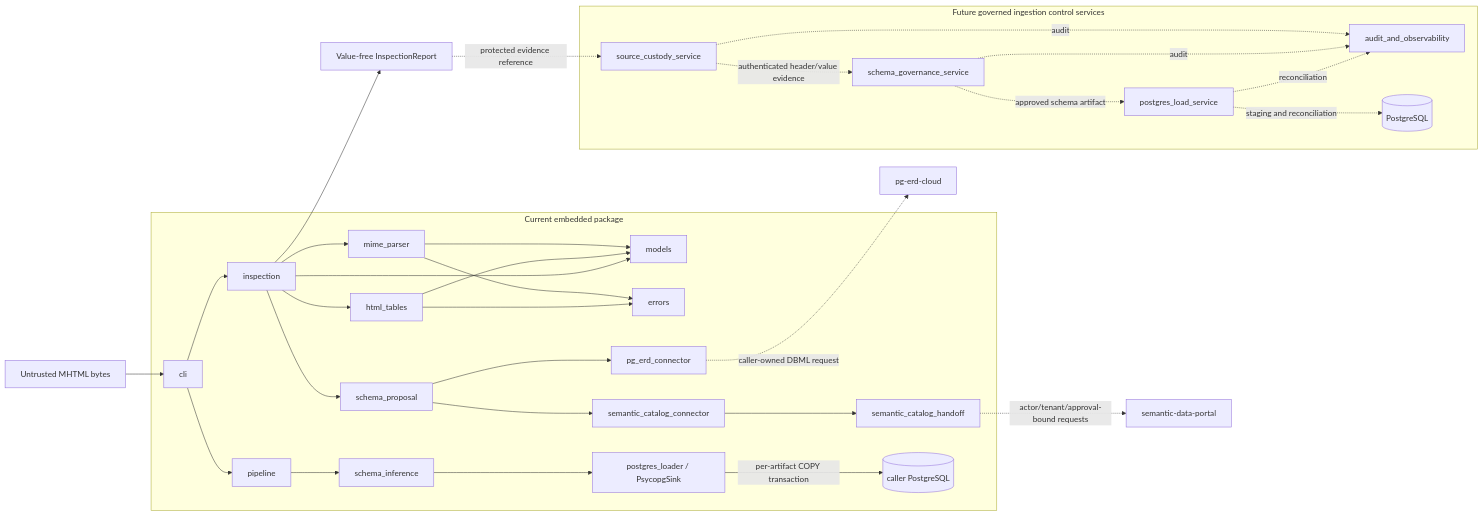
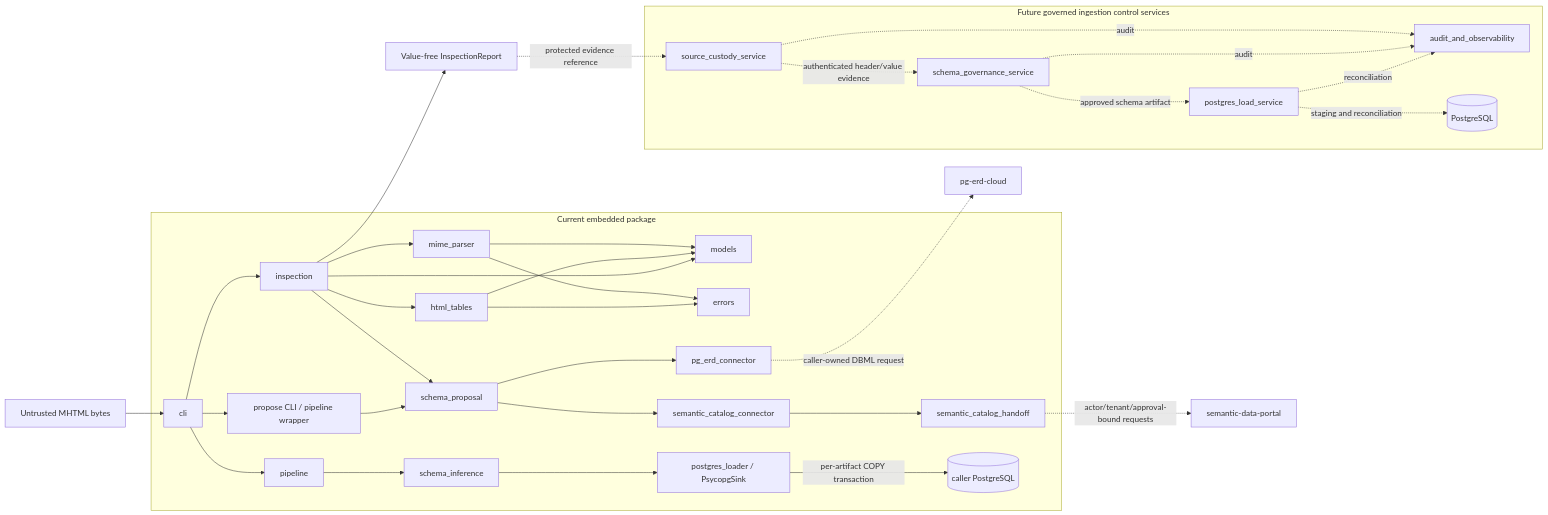
Before and after one commit to ContextualWisdomLab/mhtml-etl-gateway: the first of 6 diagrams in docs/UML.md, drawn with Mermaid. The commit also changed other lines of this file and 23 other files, not shown here.

Commit message:
feat: expose bounded schema proposal workflow

````diff
--- a/docs/UML.md
+++ b/docs/UML.md
@@ -12,56 +13,59 @@
 ```mermaid
 flowchart LR
     subgraph current[Current embedded package]
         CLI[cli]
         MOD[models]
         ERR[errors]
         MIME[mime_parser]
         HTML[html_tables]
         INS[inspection]
         CLI --> INS
         INS --> MIME
         INS --> HTML
         MIME --> MOD
         HTML --> MOD
         MIME --> ERR
         HTML --> ERR
     INS --> MOD
         PROPOSAL[schema_proposal]
+        PROPOSE[propose CLI / pipeline wrapper]
         CATALOG[semantic_catalog_connector]
         HANDOFF[semantic_catalog_handoff]
         PG_ERD[pg_erd_connector]
         PIPE[pipeline]
         CURRENT_SCHEMA[schema_inference]
         LOADER[postgres_loader / PsycopgSink]
         TARGET[(caller PostgreSQL)]
         INS --> PROPOSAL
+        CLI --> PROPOSE
+        PROPOSE --> PROPOSAL
         PROPOSAL --> CATALOG
         CATALOG --> HANDOFF
         PROPOSAL --> PG_ERD
         CLI --> PIPE
         PIPE --> CURRENT_SCHEMA
         CURRENT_SCHEMA --> LOADER
         LOADER -->|per-artifact COPY transaction| TARGET
     end
 
     SRC[Untrusted MHTML bytes] --> CLI
     INS --> REPORT[Value-free InspectionReport]
 
     subgraph future[Future governed ingestion control services]
         CUST[source_custody_service]
         FUTURE_SCHEMA[schema_governance_service]
         LOAD[postgres_load_service]
         AUDIT[audit_and_observability]
         STORE[(PostgreSQL)]
     end
 
     REPORT -. protected evidence reference .-> CUST
     HANDOFF -. actor/tenant/approval-bound requests .-> PORTAL[semantic-data-portal]
     PG_ERD -. caller-owned DBML request .-> PG_ERD_CLOUD[pg-erd-cloud]
     CUST -. authenticated header/value evidence .-> FUTURE_SCHEMA
     FUTURE_SCHEMA -. approved schema artifact .-> LOAD
     LOAD -. staging and reconciliation .-> STORE
     CUST -. audit .-> AUDIT
     FUTURE_SCHEMA -. audit .-> AUDIT
     LOAD -. reconciliation .-> AUDIT
 ```
````
